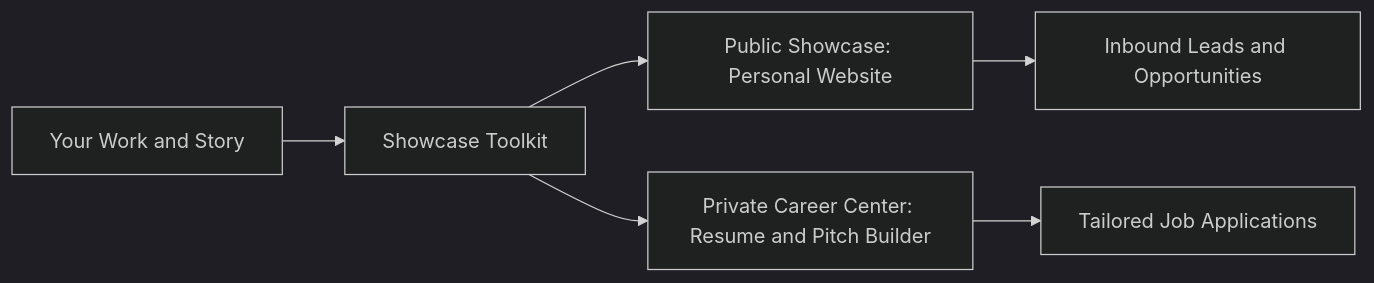
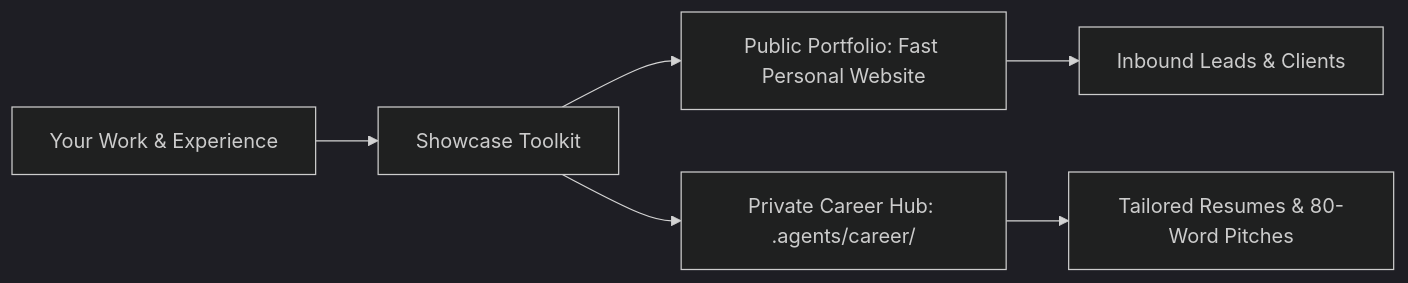
The diagram in README.md (jedmamosto/showcase), drawn with Mermaid (dark theme) before and after one commit. The commit also changed other lines of this file and 1 other file, not shown here.

````diff
--- a/README.md
+++ b/README.md
@@ -14,8 +19,8 @@
 ```mermaid
 flowchart LR
-    A["Your Work and Story"] --> B["Showcase Toolkit"]
-    B --> C["Public Showcase: Personal Website"]
-    B --> D["Private Career Center: Resume and Pitch Builder"]
-    C --> E["Inbound Leads and Opportunities"]
-    D --> F["Tailored Job Applications"]
+    Work["Your Work & Experience"] --> Showcase["Showcase Toolkit"]
+    Showcase --> PublicSite["Public Portfolio: Fast Personal Website"]
+    Showcase --> CareerHub["Private Career Hub: .agents/career/"]
+    PublicSite --> Inbound["Inbound Leads & Clients"]
+    CareerHub --> TailoredApps["Tailored Resumes & 80-Word Pitches"]
 ```
````
